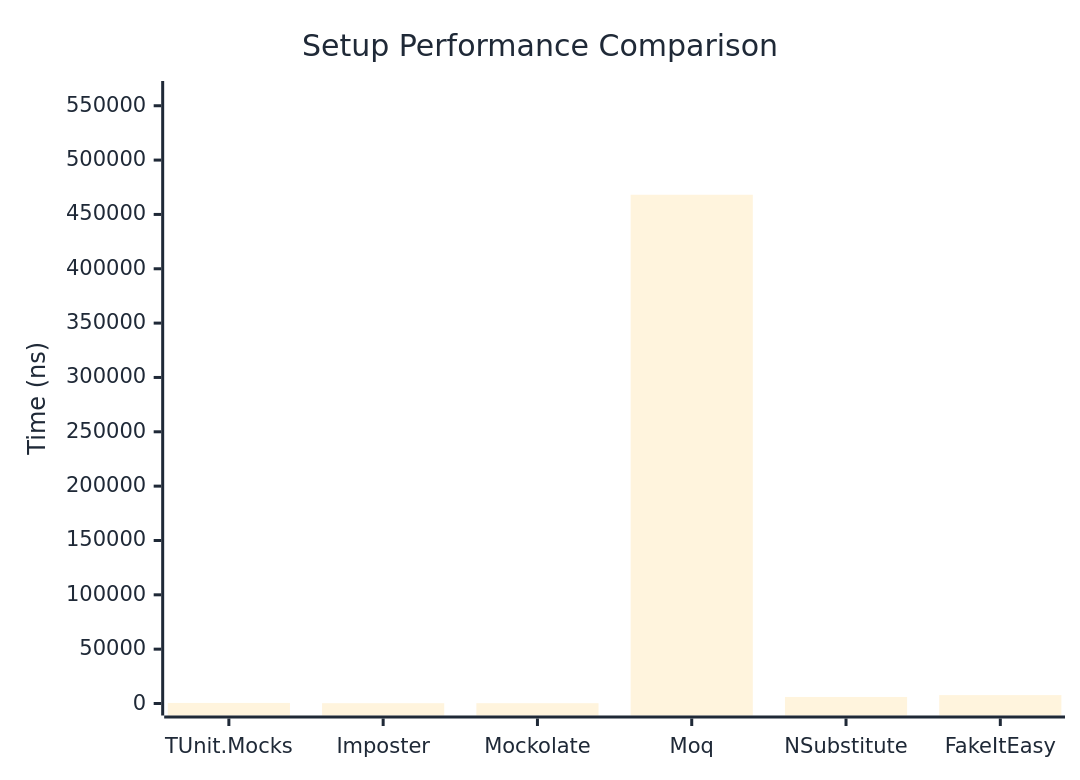
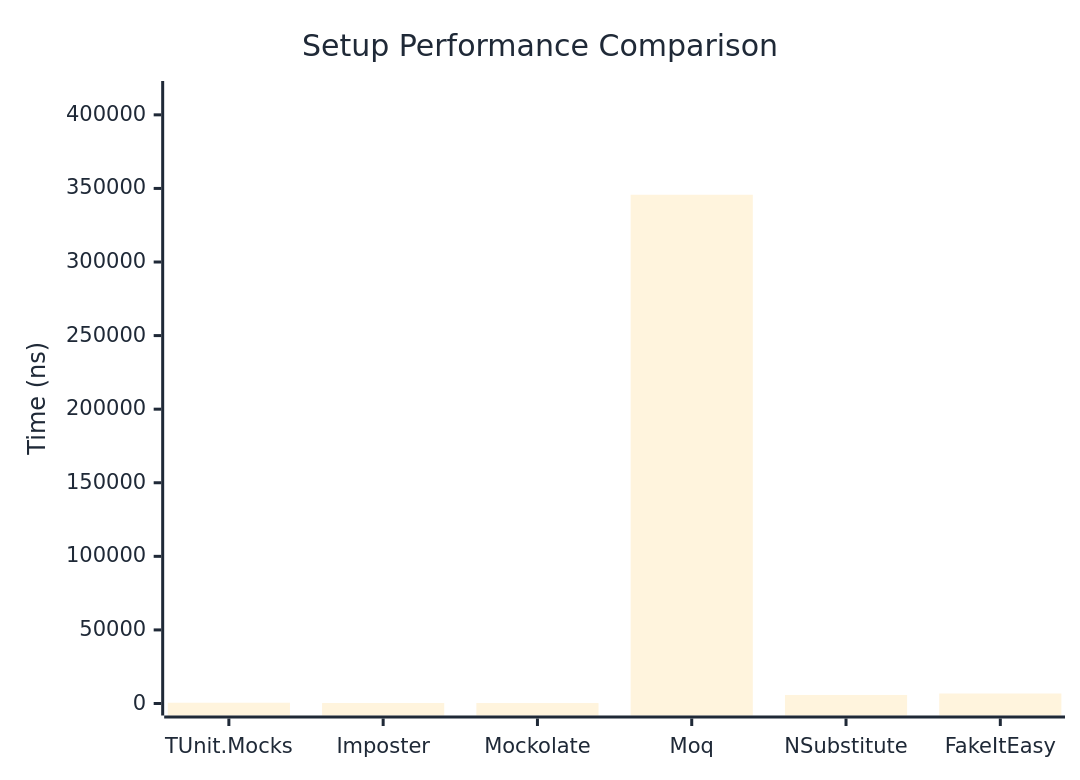
One commit to thomhurst/TUnit changed the first of 2 diagrams in docs/docs/benchmarks/mocks/Setup.md. Above: the diagram before and after it, drawn with Mermaid. The commit also changed other lines of this file and 14 other files, not shown here.

````diff
--- a/docs/docs/benchmarks/mocks/Setup.md
+++ b/docs/docs/benchmarks/mocks/Setup.md
@@ -30,27 +30,27 @@
 ```mermaid
 %%{init: {
   'theme':'base',
   'themeVariables': {
     'primaryColor': '#2563eb',
     'primaryTextColor': '#1f2937',
     'primaryBorderColor': '#1e40af',
     'lineColor': '#6b7280',
     'secondaryColor': '#7c3aed',
     'tertiaryColor': '#dc2626',
     'background': '#ffffff',
     'pie1': '#2563eb',
     'pie2': '#7c3aed',
     'pie3': '#dc2626',
     'pie4': '#f59e0b',
     'pie5': '#10b981',
     'pie6': '#06b6d4',
     'pie7': '#ec4899',
     'pie8': '#6366f1'
   }
 }}%%
 xychart-beta
   title "Setup Performance Comparison"
   x-axis ["TUnit.Mocks", "Imposter", "Mockolate", "Moq", "NSubstitute", "FakeItEasy"]
-  y-axis "Time (ns)" 0 --> 561725
-  bar [511.2, 298.3, 287.6, 468103.7, 6020.4, 7735.5]
+  y-axis "Time (ns)" 0 --> 414842
+  bar [525.8, 331.6, 311.1, 345701, 5793.4, 6798.7]
 ```
````
